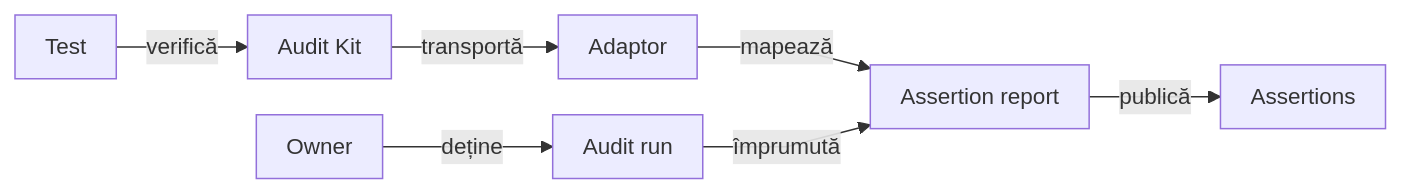
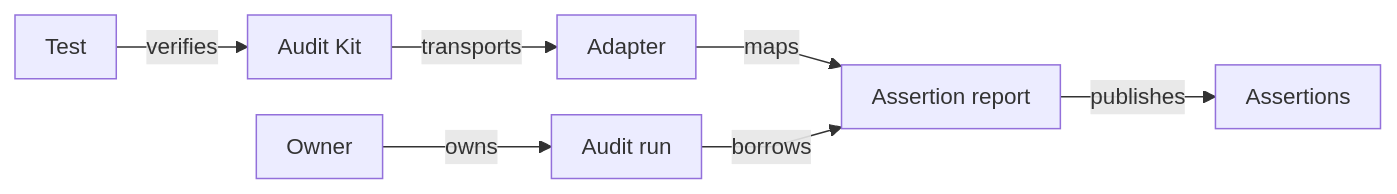
Before and after one commit to crististefanita/atf_j0: the tenth of 14 diagrams in atf-test-auto-ex/README.md, drawn with Mermaid. The commit also changed other lines of this file and 113 other files, not shown here.

````diff
--- a/atf-test-auto-ex/README.md
+++ b/atf-test-auto-ex/README.md
@@ -1212,10 +1284,10 @@
 ```mermaid
 %%{init: {"themeVariables":{"fontSize":"15px"},"themeCSS":".nodeLabel, .nodeLabel p { font-size: 15px !important; line-height: 1.35 !important; } .edgeLabel, .edgeLabel p { font-size: 12px !important; font-weight: 400 !important; line-height: 1.2 !important; } .edgeLabel .labelBkg, .edgeLabel p { background: transparent !important; } .edgeLabel foreignObject { transform: translateY(-18px); overflow: visible; } .node rect { rx: 6px; ry: 6px; }","flowchart":{"curve":"linear","nodeSpacing":24,"rankSpacing":40,"padding":10,"diagramPadding":16}}}%%
 flowchart LR
-    Test["Test"] -->|verifică| Kit["Audit Kit"]
-    Kit -->|transportă| Adapter["Adaptor"]
-    Adapter -->|mapează| Report["Assertion report"]
-    Scope["Owner"] -->|deține| Run["Audit run"]
-    Run -->|împrumută| Report
-    Report -->|publică| Step["Assertions"]
+    Test["Test"] -->|verifies| Kit["Audit Kit"]
+    Kit -->|transports| Adapter["Adapter"]
+    Adapter -->|maps| Report["Assertion report"]
+    Scope["Owner"] -->|owns| Run["Audit run"]
+    Run -->|borrows| Report
+    Report -->|publishes| Step["Assertions"]
 ```
````
